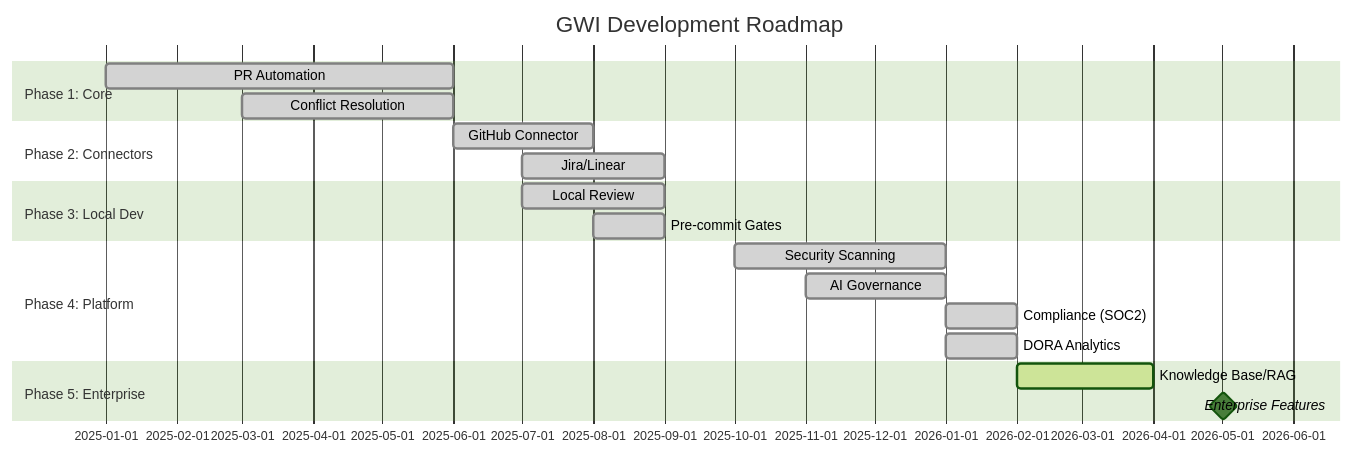
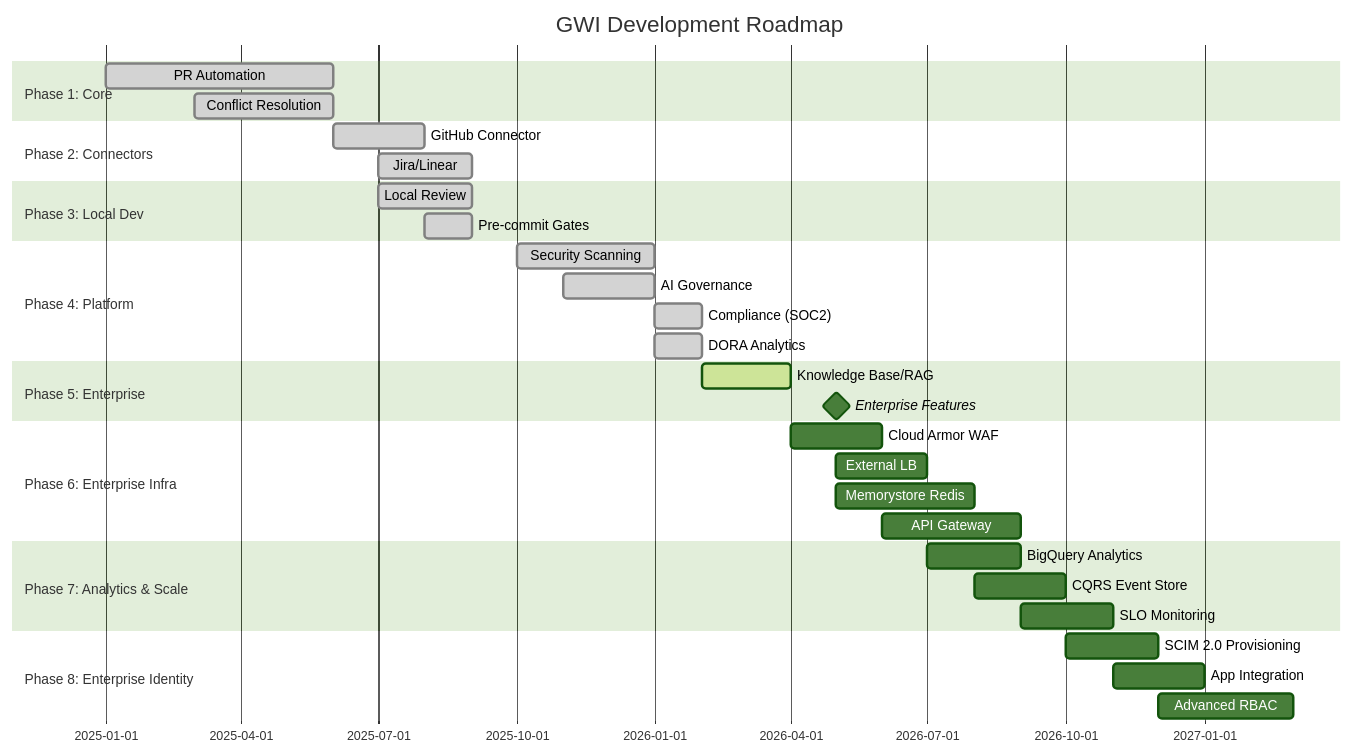
Diagram 16 of 16 in README.md (intent-solutions-io/iam-git-with-intent), drawn with Mermaid (forest theme) before and after one commit. The commit also changed other lines of this file and 16 other files, not shown here.

````diff
--- a/README.md
+++ b/README.md
@@ -785,22 +790,35 @@
 ```mermaid
 gantt
     title GWI Development Roadmap
     dateFormat YYYY-MM
     section Phase 1: Core
     PR Automation       :done, p1, 2025-01, 2025-06
     Conflict Resolution :done, p1b, 2025-03, 2025-06
     section Phase 2: Connectors
     GitHub Connector    :done, p2, 2025-06, 2025-08
     Jira/Linear         :done, p2b, 2025-07, 2025-09
     section Phase 3: Local Dev
     Local Review        :done, p3, 2025-07, 2025-09
     Pre-commit Gates    :done, p3b, 2025-08, 2025-09
     section Phase 4: Platform
     Security Scanning   :done, p4, 2025-10, 2026-01
     AI Governance       :done, p4b, 2025-11, 2026-01
     Compliance (SOC2)   :done, p4c, 2026-01, 2026-02
     DORA Analytics      :done, p4d, 2026-01, 2026-02
     section Phase 5: Enterprise
     Knowledge Base/RAG  :active, p5, 2026-02, 2026-04
     Enterprise Features :milestone, p5b, 2026-04, 2026-06
+    section Phase 6: Enterprise Infra
+    Cloud Armor WAF     :p6a, 2026-04, 2026-06
+    External LB         :p6b, 2026-05, 2026-07
+    Memorystore Redis   :p6c, 2026-05, 2026-08
+    API Gateway         :p6d, 2026-06, 2026-09
+    section Phase 7: Analytics & Scale
+    BigQuery Analytics  :p7a, 2026-07, 2026-09
+    CQRS Event Store    :p7b, 2026-08, 2026-10
+    SLO Monitoring      :p7c, 2026-09, 2026-11
+    section Phase 8: Enterprise Identity
+    SCIM 2.0 Provisioning :p8a, 2026-10, 2026-12
+    App Integration     :p8b, 2026-11, 2027-01
+    Advanced RBAC       :p8c, 2026-12, 2027-03
 ```
````
